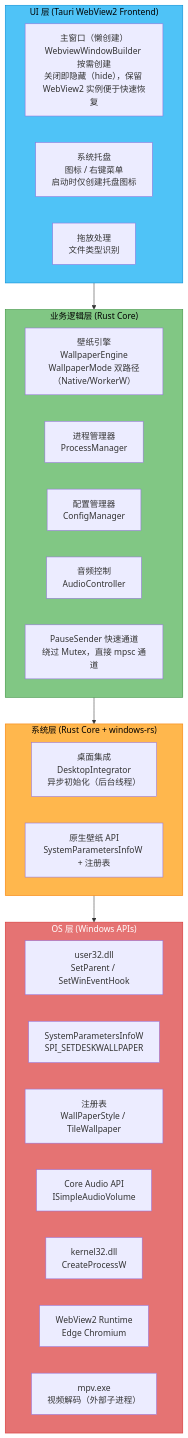
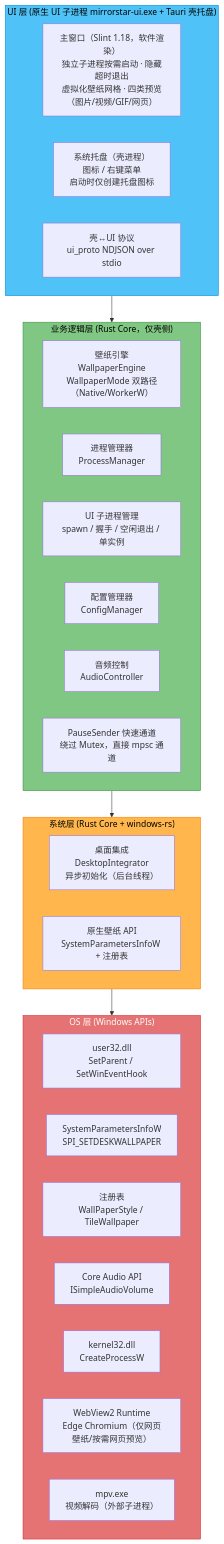
Before and after one commit to Wunseol/mirrorstar-wallpaper: the diagram in docs/02-架构设计/01-架构概述与系统架构-Architecture-Overview.md, drawn with Mermaid. The commit also changed other lines of this file and 181 other files, not shown here.

````diff
--- a/docs/02-架构设计/01-架构概述与系统架构-Architecture-Overview.md
+++ b/docs/02-架构设计/01-架构概述与系统架构-Architecture-Overview.md
@@ -77,40 +78,41 @@
 ```mermaid
 graph TB
-    subgraph UI["UI 层 (Tauri WebView2 Frontend)"]
-        UI_Main["主窗口（懒创建）<br/>WebviewWindowBuilder 按需创建<br/>关闭即隐藏（hide），保留 WebView2 实例便于快速恢复"]
-        UI_Tray["系统托盘<br/>图标 / 右键菜单<br/>启动时仅创建托盘图标"]
-        UI_DnD["拖放处理<br/>文件类型识别"]
+    subgraph UI["UI 层 (原生 UI 子进程 mirrorstar-ui.exe + Tauri 壳托盘)"]
+        UI_Main["主窗口（Slint 1.18，软件渲染）<br/>独立子进程按需启动 · 隐藏超时退出<br/>虚拟化壁纸网格 · 四类预览（图片/视频/GIF/网页）"]
+        UI_Tray["系统托盘（壳进程）<br/>图标 / 右键菜单<br/>启动时仅创建托盘图标"]
+        UI_Proto["壳↔UI 协议<br/>ui_proto NDJSON over stdio"]
     end
 
-    subgraph BIZ["业务逻辑层 (Rust Core)"]
+    subgraph BIZ["业务逻辑层 (Rust Core，仅壳侧)"]
         BIZ_Engine["壁纸引擎<br/>WallpaperEngine<br/>WallpaperMode 双路径（Native/WorkerW）"]
         BIZ_ProcMgr["进程管理器<br/>ProcessManager"]
+        BIZ_UiMgr["UI 子进程管理<br/>spawn / 握手 / 空闲退出 / 单实例"]
         BIZ_Config["配置管理器<br/>ConfigManager"]
         BIZ_Audio["音频控制<br/>AudioController"]
         BIZ_PauseSender["PauseSender 快速通道<br/>绕过 Mutex，直接 mpsc 通道"]
     end
 
     subgraph SYS["系统层 (Rust Core + windows-rs)"]
         SYS_Desktop["桌面集成<br/>DesktopIntegrator<br/>异步初始化（后台线程）"]
         SYS_Native["原生壁纸 API<br/>SystemParametersInfoW + 注册表"]
     end
 
     subgraph OS["OS 层 (Windows APIs)"]
         OS_User32["user32.dll<br/>SetParent / SetWinEventHook"]
         OS_SysParams["SystemParametersInfoW<br/>SPI_SETDESKWALLPAPER"]
         OS_Registry["注册表<br/>WallPaperStyle / TileWallpaper"]
         OS_CoreAudio["Core Audio API<br/>ISimpleAudioVolume"]
         OS_Kernel32["kernel32.dll<br/>CreateProcessW"]
-        OS_WebView2["WebView2 Runtime<br/>Edge Chromium"]
+        OS_WebView2["WebView2 Runtime<br/>Edge Chromium（仅网页壁纸/按需网页预览）"]
         OS_mpv["mpv.exe<br/>视频解码（外部子进程）"]
     end
 
     UI --> BIZ
     BIZ --> SYS
     SYS --> OS
 
     style UI fill:#4FC3F7,stroke:#0288D1,color:#000
     style BIZ fill:#81C784,stroke:#388E3C,color:#000
     style SYS fill:#FFB74D,stroke:#F57C00,color:#000
     style OS fill:#E57373,stroke:#D32F2F,color:#FFF
 ```
````
